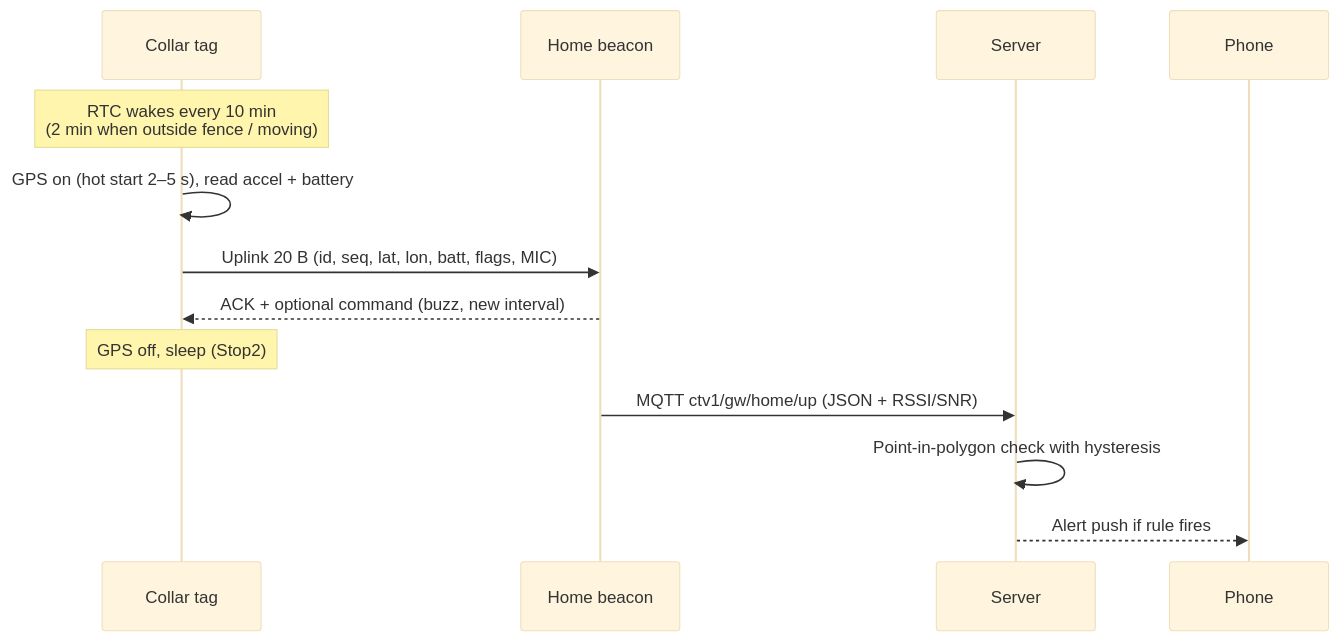
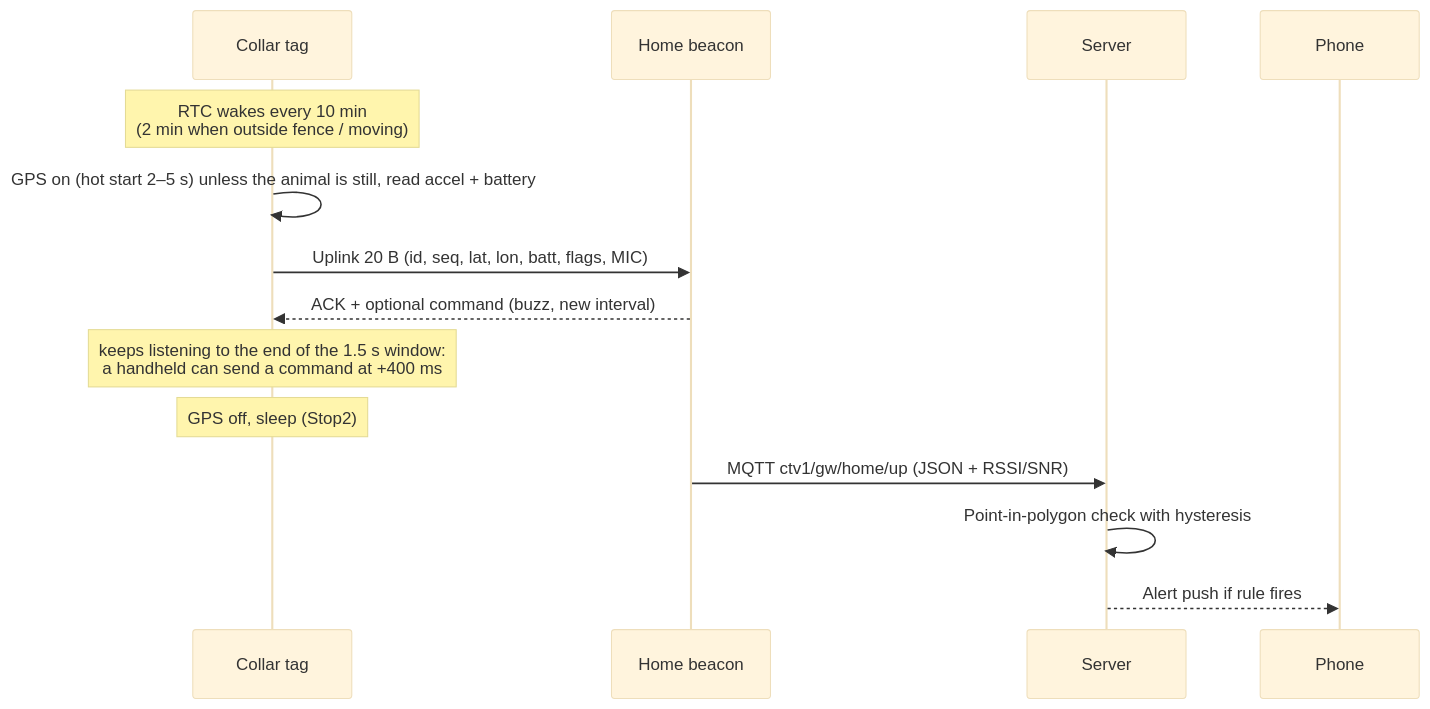
One commit to zydusX3/CTv1 changed the fifth of 5 diagrams in docs/01-system-overview.md. Above: the diagram before and after it, drawn with Mermaid (base theme). The commit also changed other lines of this file and 36 other files, not shown here.

First line of the commit message:
Firmware: settings in flash, GPS power saving, handheld beacon

````diff
--- a/docs/01-system-overview.md
+++ b/docs/01-system-overview.md
@@ -110,15 +110,16 @@
 ```mermaid
 sequenceDiagram
     participant T as Collar tag
     participant G as Home beacon
     participant S as Server
     participant P as Phone
     Note over T: RTC wakes every 10 min<br/>(2 min when outside fence / moving)
-    T->>T: GPS on (hot start 2–5 s), read accel + battery
+    T->>T: GPS on (hot start 2–5 s) unless the animal is still, read accel + battery
     T->>G: Uplink 20 B (id, seq, lat, lon, batt, flags, MIC)
     G-->>T: ACK + optional command (buzz, new interval)
+    Note over T: keeps listening to the end of the 1.5 s window:<br/>a handheld can send a command at +400 ms
     Note over T: GPS off, sleep (Stop2)
     G->>S: MQTT ctv1/gw/home/up (JSON + RSSI/SNR)
     S->>S: Point-in-polygon check with hysteresis
     S-->>P: Alert push if rule fires
 ```
````
